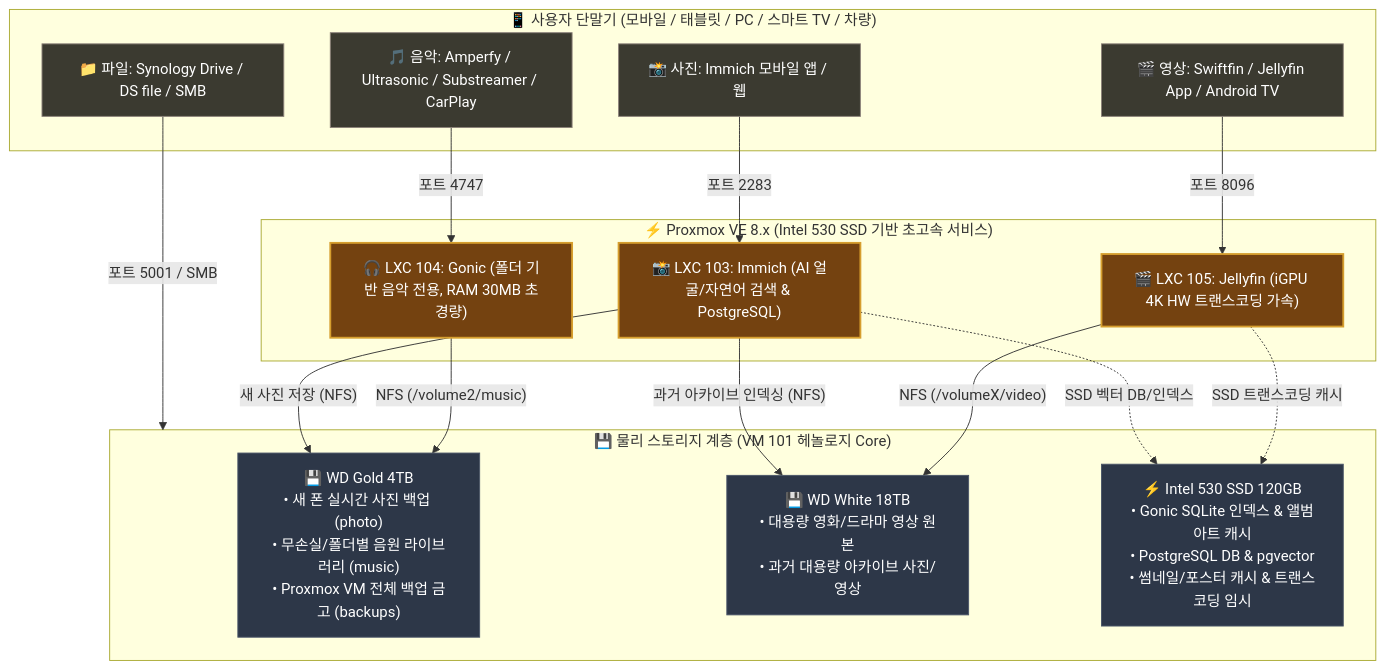
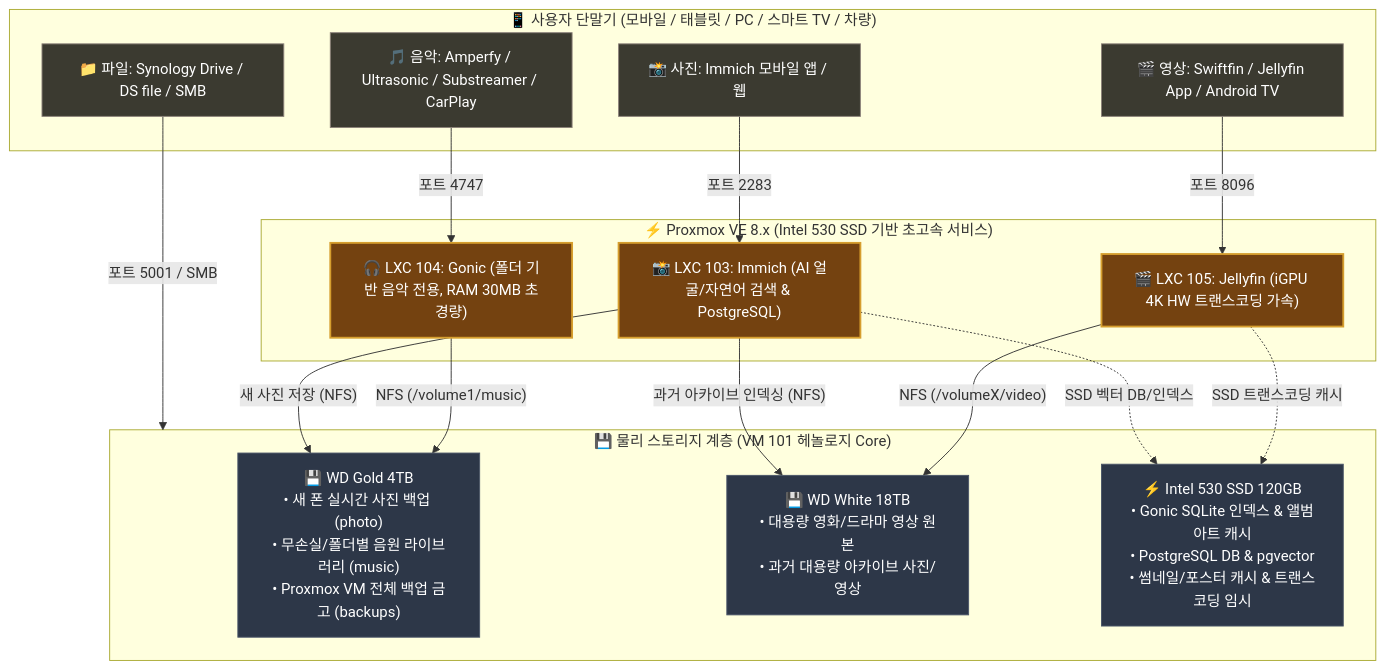
One commit to waceh/nas changed the diagram in self-nas/docs/07_media_services_master_guide.md. Above: the diagram before and after it, drawn with Mermaid. The commit also changed other lines of this file and 5 other files, not shown here.

````diff
--- a/self-nas/docs/07_media_services_master_guide.md
+++ b/self-nas/docs/07_media_services_master_guide.md
@@ -9,45 +9,45 @@
 ```mermaid
 flowchart TB
     %% Styles
     classDef hw fill:#24292e,stroke:#444d56,stroke-width:2px,color:#fff;
     classDef pve fill:#1a365d,stroke:#2b6cb0,stroke-width:2px,color:#fff;
     classDef lxc fill:#744210,stroke:#d69e2e,stroke-width:2px,color:#fff;
     classDef vm fill:#1c4532,stroke:#276749,stroke-width:2px,color:#fff;
     classDef client fill:#3b3a30,stroke:#8c827a,stroke-width:1px,color:#fff;
     classDef storage fill:#2d3748,stroke:#4a5568,stroke-width:1px,color:#fff;
 
     %% Clients
     subgraph Clients["📱 사용자 단말기 (모바일 / 태블릿 / PC / 스마트 TV / 차량)"]
         C_Music["🎵 음악: Amperfy / Ultrasonic / Substreamer / CarPlay"]:::client
         C_Video["🎬 영상: Swiftfin / Jellyfin App / Android TV"]:::client
         C_Photo["📸 사진: Immich 모바일 앱 / 웹"]:::client
         C_File["📁 파일: Synology Drive / DS file / SMB"]:::client
     end
 
     %% Proxmox Native LXC (SSD)
     subgraph PVE["⚡ Proxmox VE 8.x (Intel 530 SSD 기반 초고속 서비스)"]
         LXC_Music["🎧 LXC 104: Gonic (폴더 기반 음악 전용, RAM 30MB 초경량)"]:::lxc
         LXC_Video["🎬 LXC 105: Jellyfin (iGPU 4K HW 트랜스코딩 가속)"]:::lxc
         LXC_Photo["📸 LXC 103: Immich (AI 얼굴/자연어 검색 & PostgreSQL)"]:::lxc
     end
 
     %% Storage Core
     subgraph Storage["💾 물리 스토리지 계층 (VM 101 헤놀로지 Core)"]
         HDD_4TB["💾 WD Gold 4TB<br/>• 새 폰 실시간 사진 백업 (photo)<br/>• 무손실/폴더별 음원 라이브러리 (music)<br/>• Proxmox VM 전체 백업 금고 (backups)"]:::storage
         HDD_18TB["💾 WD White 18TB<br/>• 대용량 영화/드라마 영상 원본<br/>• 과거 대용량 아카이브 사진/영상"]:::storage
         SSD_530["⚡ Intel 530 SSD 120GB<br/>• Gonic SQLite 인덱스 & 앨범아트 캐시<br/>• PostgreSQL DB & pgvector<br/>• 썸네일/포스터 캐시 & 트랜스코딩 임시"]:::storage
     end
 
     %% Routing
     C_Music -->|"포트 4747"| LXC_Music
     C_Video -->|"포트 8096"| LXC_Video
     C_Photo -->|"포트 2283"| LXC_Photo
     C_File -->|"포트 5001 / SMB"| Storage
 
-    LXC_Music -->|"NFS (/volume2/music)"| HDD_4TB
+    LXC_Music -->|"NFS (/volume1/music)"| HDD_4TB
     LXC_Video -->|"NFS (/volumeX/video)"| HDD_18TB
     LXC_Video -.->|"SSD 트랜스코딩 캐시"| SSD_530
     LXC_Photo -->|"새 사진 저장 (NFS)"| HDD_4TB
     LXC_Photo -->|"과거 아카이브 인덱싱 (NFS)"| HDD_18TB
     LXC_Photo -.->|"SSD 벡터 DB/인덱스"| SSD_530
 ```
````
